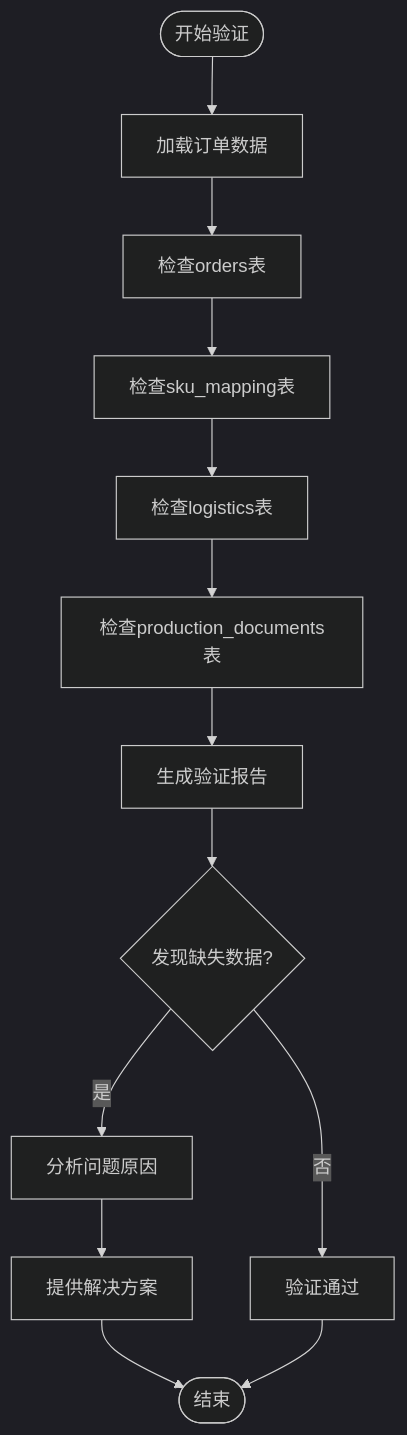
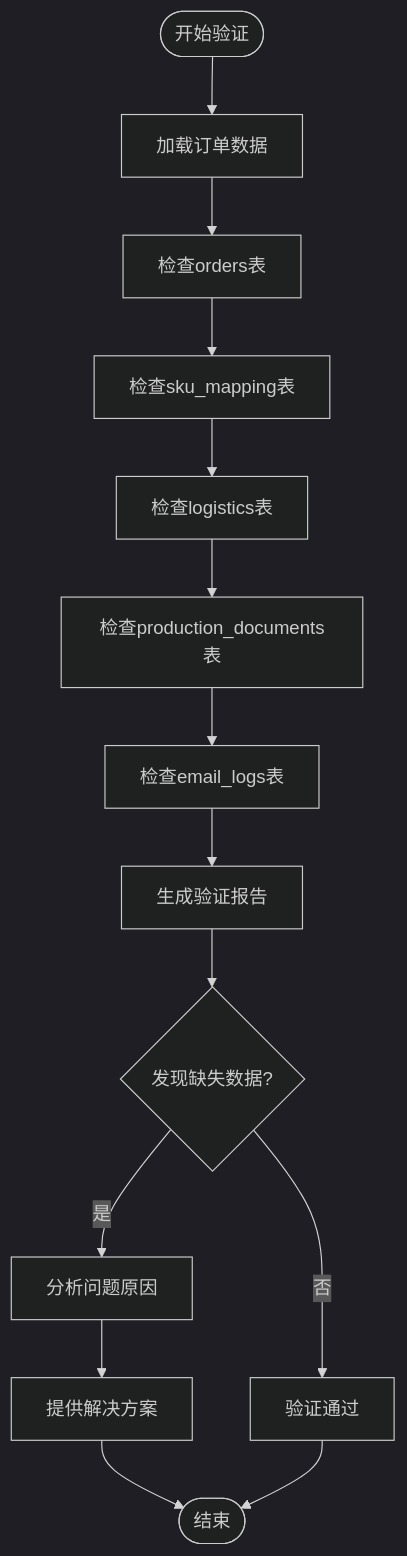
One commit to SY6621/POD-Order-Management changed the fourth of 21 diagrams in .qoder/repowiki/zh/content/开发指南/测试与开发工具.md. Above: the diagram before and after it, drawn with Mermaid (dark theme). The commit also changed other lines of this file and 20 other files, not shown here.

````diff
--- a/.qoder/repowiki/zh/content/开发指南/测试与开发工具.md
+++ b/.qoder/repowiki/zh/content/开发指南/测试与开发工具.md
@@ -226,15 +260,16 @@
 ```mermaid
 flowchart TD
 Start([开始验证]) --> LoadOrder[加载订单数据]
 LoadOrder --> CheckOrders[检查orders表]
 CheckOrders --> CheckSKU[检查sku_mapping表]
 CheckSKU --> CheckLogistics[检查logistics表]
 CheckLogistics --> CheckProduction[检查production_documents表]
-CheckProduction --> Summary[生成验证报告]
+CheckProduction --> CheckEmailLogs[检查email_logs表]
+CheckEmailLogs --> Summary[生成验证报告]
 Summary --> Issues{发现缺失数据?}
 Issues --> |是| Analyze[分析问题原因]
 Issues --> |否| Success[验证通过]
 Analyze --> Solutions[提供解决方案]
 Solutions --> End([结束])
 Success --> End
 ```
````
